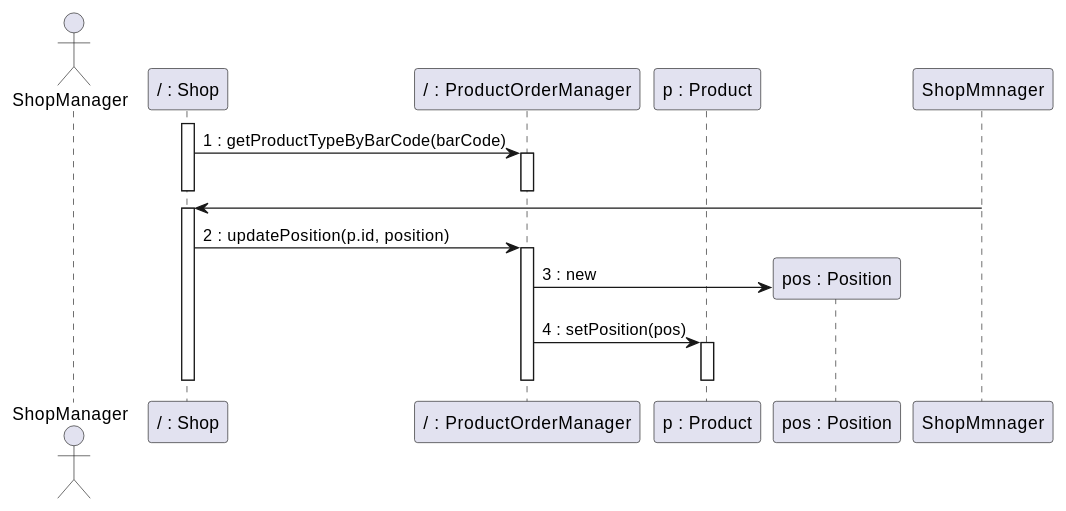
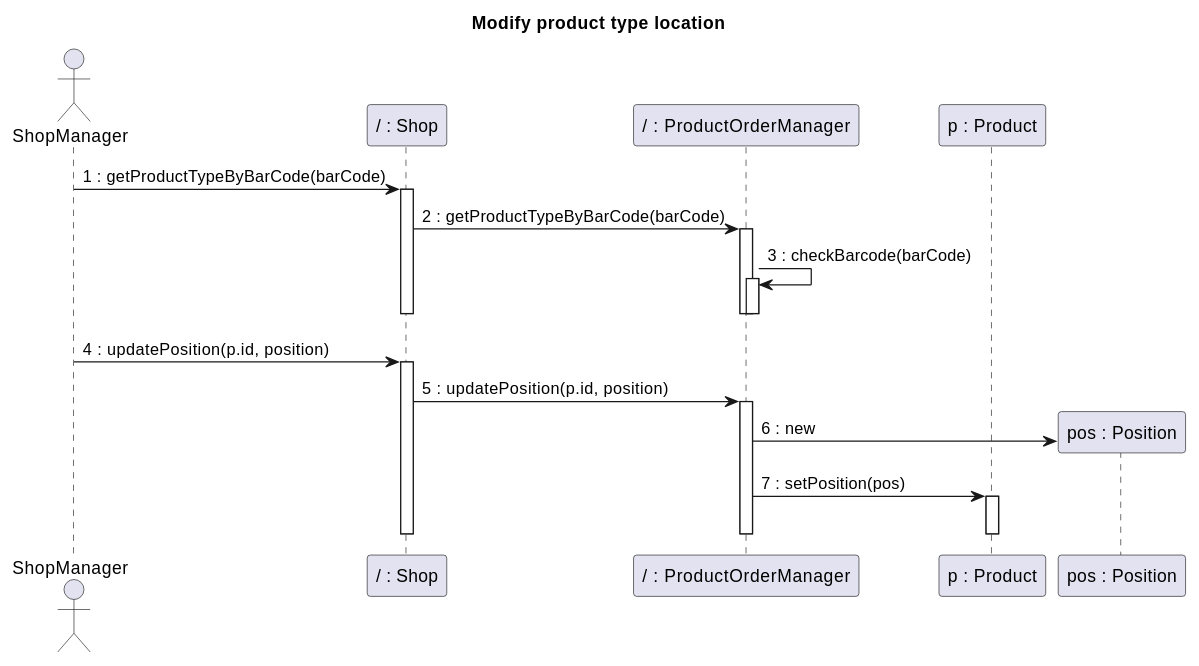
One commit to nicolabattaglino/ezshop changed the fifth of 14 diagrams in Deliverables/DesignDocument.md. Above: the diagram before and after it, drawn with PlantUML. The commit also changed other lines of this file, not shown here.

````diff
--- a/Deliverables/DesignDocument.md
+++ b/Deliverables/DesignDocument.md
@@ -520,27 +537,37 @@
 ```plantuml
 @startuml
+
+title Modify product type location
+
 actor ShopManager
 participant "/ : Shop" as Shop
 participant "/ : ProductOrderManager" as ProductOrderManager
 participant "p : Product" as Product
 participant "pos : Position" as Position
 
+ShopManager -> Shop: 1 : getProductTypeByBarCode(barCode)
 activate Shop
-Shop -> ProductOrderManager: 1 : getProductTypeByBarCode(barCode)
+Shop -> ProductOrderManager: 2 : getProductTypeByBarCode(barCode)
+activate ProductOrderManager
+
+ProductOrderManager -> ProductOrderManager: 3 : checkBarcode(barCode)
 activate ProductOrderManager
 deactivate ProductOrderManager
+
+deactivate ProductOrderManager
 deactivate Shop
-ShopMmnager -> Shop
+
+ShopManager -> Shop: 4 : updatePosition(p.id, position)
 activate Shop
-Shop -> ProductOrderManager: 2 : updatePosition(p.id, position)
+Shop -> ProductOrderManager: 5 : updatePosition(p.id, position)
 activate ProductOrderManager
 create Position
-ProductOrderManager -> Position: 3 : new 
+ProductOrderManager -> Position: 6 : new 
 
-ProductOrderManager -> Product: 4 : setPosition(pos)
+ProductOrderManager -> Product: 7 : setPosition(pos)
 activate Product
 deactivate Product
 deactivate ProductOrderManager
 deactivate Shop
 @enduml
 ```
````
